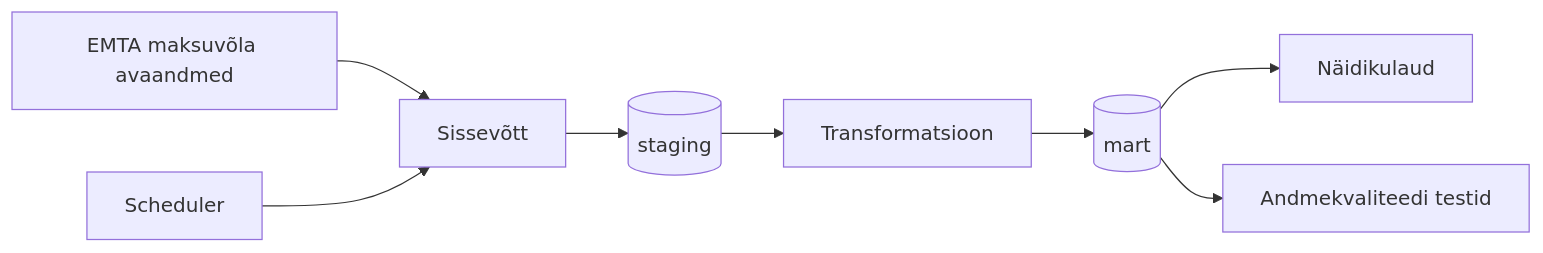
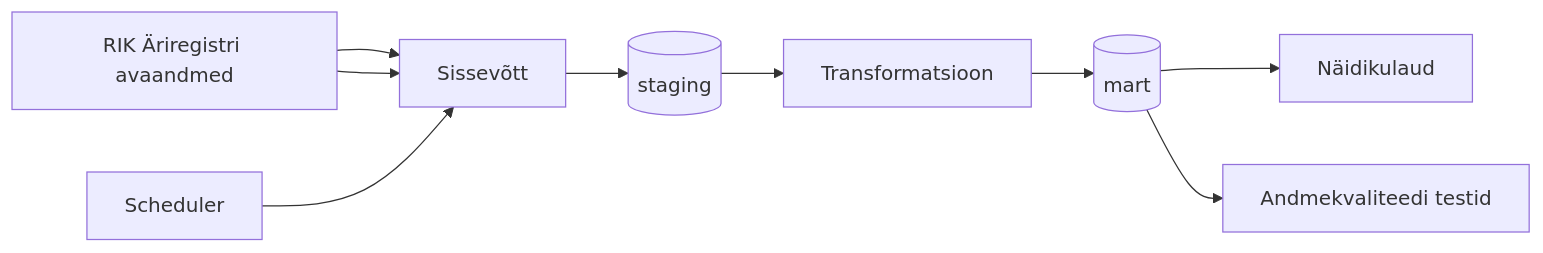
One commit to KulliPeed/Projektitoo_MREV changed the diagram in docs/arhitektuur.md. Above: the diagram before and after it, drawn with Mermaid.

````diff
--- a/docs/arhitektuur.md
+++ b/docs/arhitektuur.md
@@ -29,10 +29,11 @@
 ```mermaid
 flowchart LR
     source[EMTA maksuvõla avaandmed] --> ingest[Sissevõtt]
+    source[RIK Äriregistri avaandmed] --> ingest[Sissevõtt]
     ingest --> staging[(staging)]
     staging --> transform[Transformatsioon]
     transform --> mart[(mart)]
     mart --> dashboard[Näidikulaud]
     mart --> quality[Andmekvaliteedi testid]
     scheduler[Scheduler] --> ingest
 ```
````
